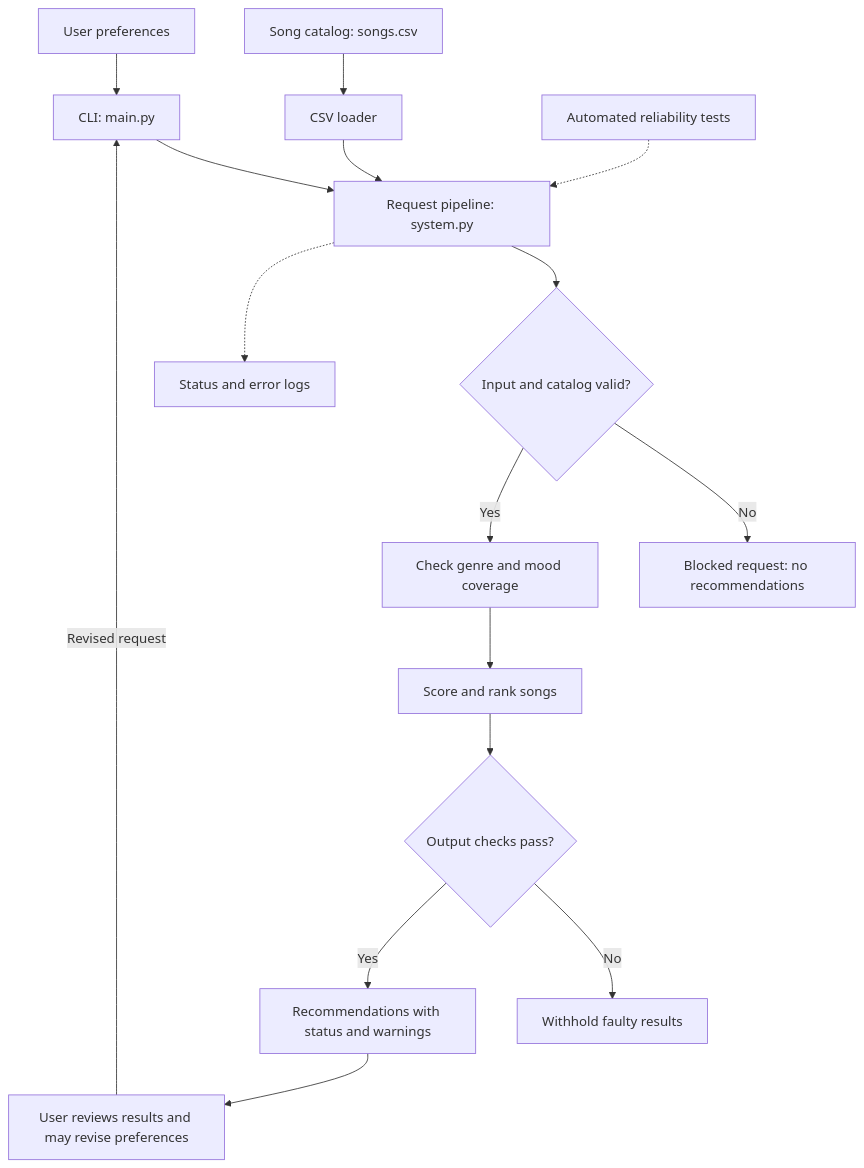
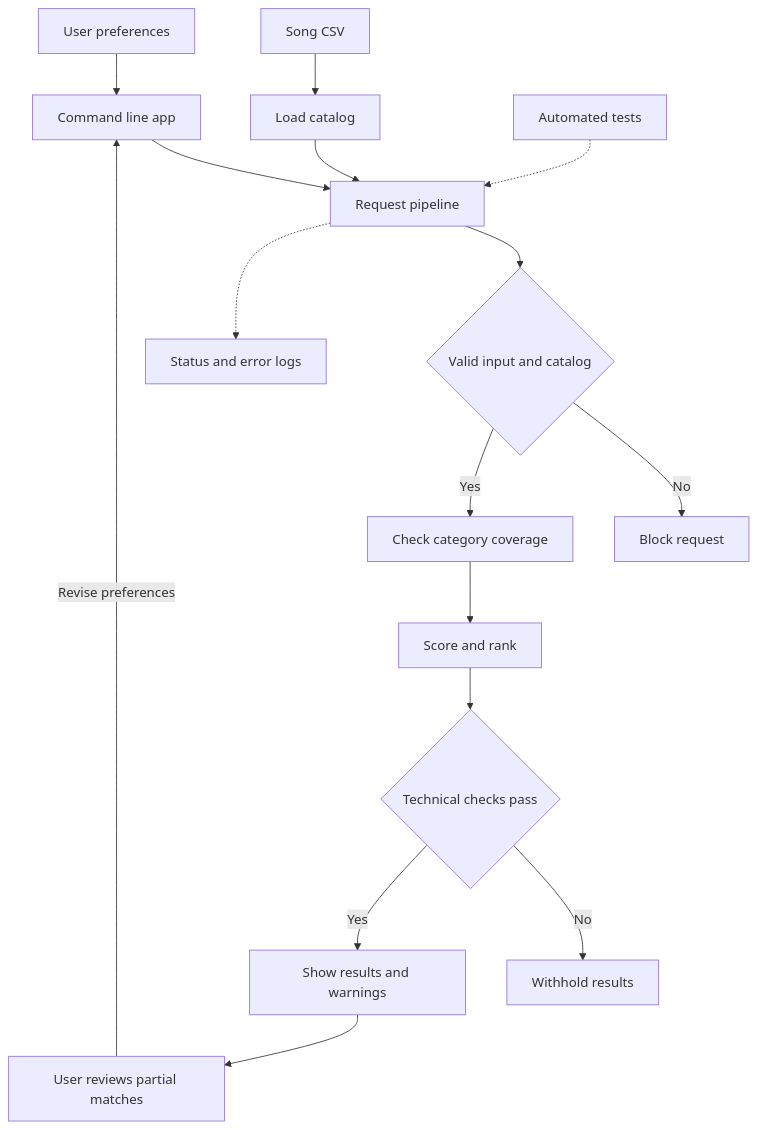
Before and after one commit to Cameron-Batts/vibefinder-applied-ai: the diagram in README.md, drawn with Mermaid. The commit also changed 1 other file, not shown here.

Commit message:
Simplify Mermaid architecture diagram for GitHub rendering

````diff
--- a/README.md
+++ b/README.md
@@ -26,18 +26,18 @@
 ```mermaid
-flowchart TD
-    User["User preferences"] --> CLI["CLI: main.py"]
-    CSV["Song catalog: songs.csv"] --> Loader["CSV loader"]
-    Loader --> Pipeline["Request pipeline: system.py"]
-    CLI --> Pipeline
-    Pipeline --> Validate{"Input and catalog valid?"}
-    Validate -->|No| Blocked["Blocked request: no recommendations"]
-    Validate -->|Yes| Coverage["Check genre and mood coverage"]
-    Coverage --> Rank["Score and rank songs"]
-    Rank --> Verify{"Output checks pass?"}
-    Verify -->|No| Withheld["Withhold faulty results"]
-    Verify -->|Yes| Results["Recommendations with status and warnings"]
-    Results --> Human["User reviews results and may revise preferences"]
-    Human -->|Revised request| CLI
-    Pipeline -.-> Logs["Status and error logs"]
-    Tests["Automated reliability tests"] -.-> Pipeline
+graph TD
+    n1["User preferences"] --> n2["Command line app"]
+    n3["Song CSV"] --> n4["Load catalog"]
+    n2 --> n5["Request pipeline"]
+    n4 --> n5
+    n5 --> n6{"Valid input and catalog"}
+    n6 -->|No| n7["Block request"]
+    n6 -->|Yes| n8["Check category coverage"]
+    n8 --> n9["Score and rank"]
+    n9 --> n10{"Technical checks pass"}
+    n10 -->|No| n11["Withhold results"]
+    n10 -->|Yes| n12["Show results and warnings"]
+    n12 --> n13["User reviews partial matches"]
+    n13 -->|Revise preferences| n2
+    n5 -.-> n14["Status and error logs"]
+    n15["Automated tests"] -.-> n5
 ```
````
